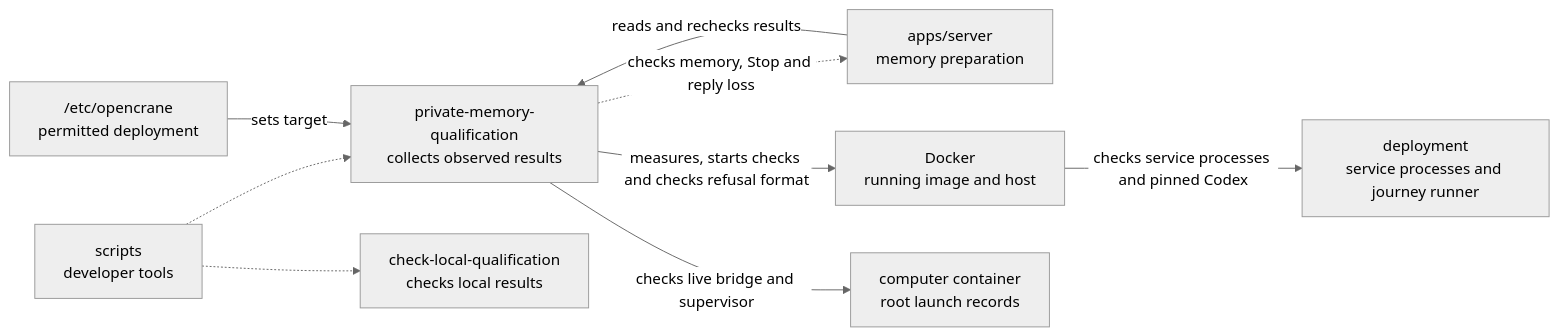
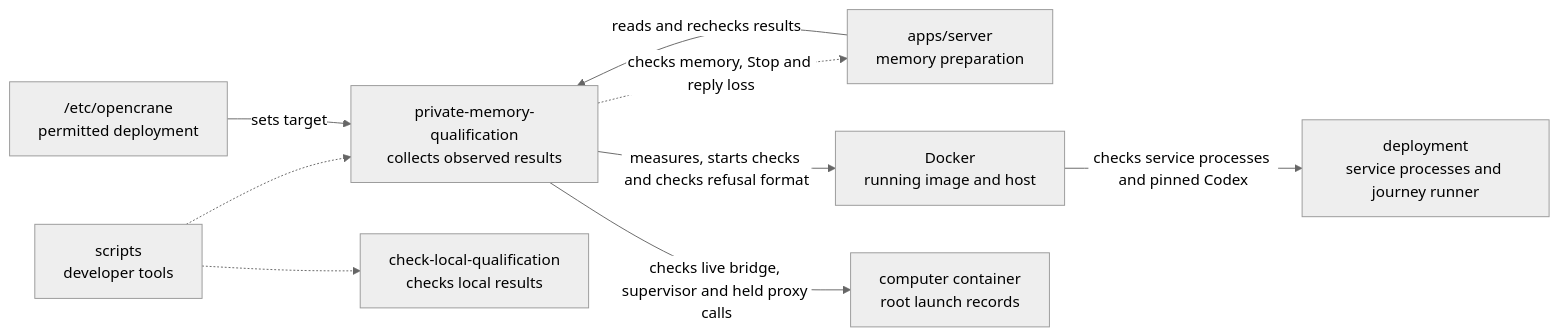
Before and after one commit to elewa-git/opencrane-new: the diagram in scripts/private-memory-qualification/README.md, drawn with Mermaid (neutral theme). The commit also changed other lines of this file and 31 other files, not shown here.

Commit message:
🔒 Prove the held private MCP proxy process

````diff
--- a/scripts/private-memory-qualification/README.md
+++ b/scripts/private-memory-qualification/README.md
@@ -18,11 +18,11 @@
 ```mermaid
 flowchart LR
   scripts["scripts<br/>developer tools"] -.-> collector["private-memory-qualification<br/>collects observed results"]
   scripts -.-> sibling["check-local-qualification<br/>checks local results"]
   server["apps/server<br/>memory preparation"] -->|reads and rechecks results| collector
   collector -.->|checks memory, Stop and reply loss| server
   config["/etc/opencrane<br/>permitted deployment"] -->|sets target| collector
   collector -->|measures, starts checks and checks refusal format| docker["Docker<br/>running image and host"]
   docker -->|checks service processes and pinned Codex| deployment["deployment<br/>service processes and journey runner"]
-  collector -->|checks live bridge and supervisor| computer["computer container<br/>root launch records"]
+  collector -->|checks live bridge, supervisor and held proxy calls| computer["computer container<br/>root launch records"]
 ```
````
